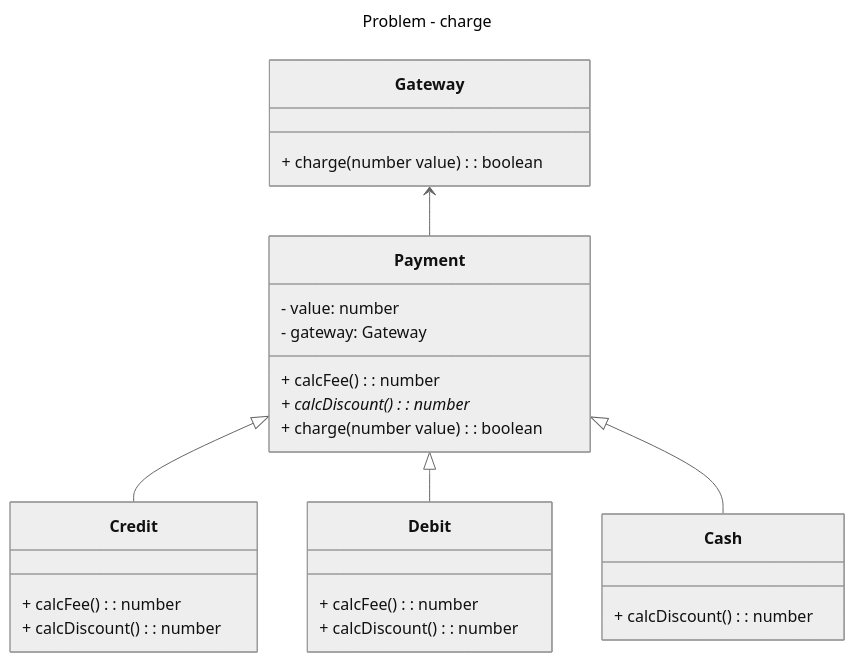
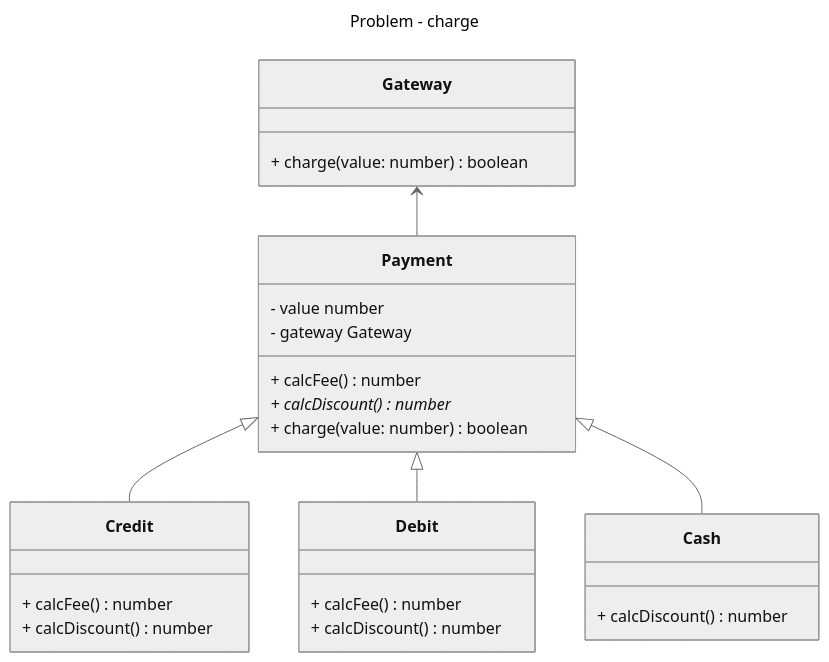
Before and after one commit to mariannactx/design-patterns-ts: the second of 2 diagrams in docs/patterns/behavioral/template-method.md, drawn with Mermaid (neutral theme). The commit also changed 1 other file, not shown here.

Commit message:
fix diagram for typescript syntax

````diff
--- a/docs/patterns/behavioral/template-method.md
+++ b/docs/patterns/behavioral/template-method.md
@@ -60,38 +60,38 @@
 ```mermaid
 ---
 title: Problem - charge
 ---
 classDiagram
 direction TB
 
 class Gateway {
-  + charge(number value): boolean
+  + charge(value: number) boolean
 }
 
 class Payment {
-  - value: number
-  - gateway: Gateway
-  + calcFee(): number
-  + calcDiscount()*: number
-  + charge(number value): boolean
+  - value number
+  - gateway Gateway
+  + calcFee() number
+  + calcDiscount()* number
+  + charge(value: number) boolean
 }
 
 class Credit {
-  + calcFee(): number
-  + calcDiscount(): number
+  + calcFee() number
+  + calcDiscount() number
 }
 
 class Debit {
-  + calcFee(): number
-  + calcDiscount(): number
+  + calcFee() number
+  + calcDiscount() number
 }
 
 class Cash {
-  + calcDiscount(): number
+  + calcDiscount() number
 }
 
 Gateway <-- Payment
 Payment <|-- Credit
 Payment <|-- Debit
 Payment <|-- Cash
 ```
````
